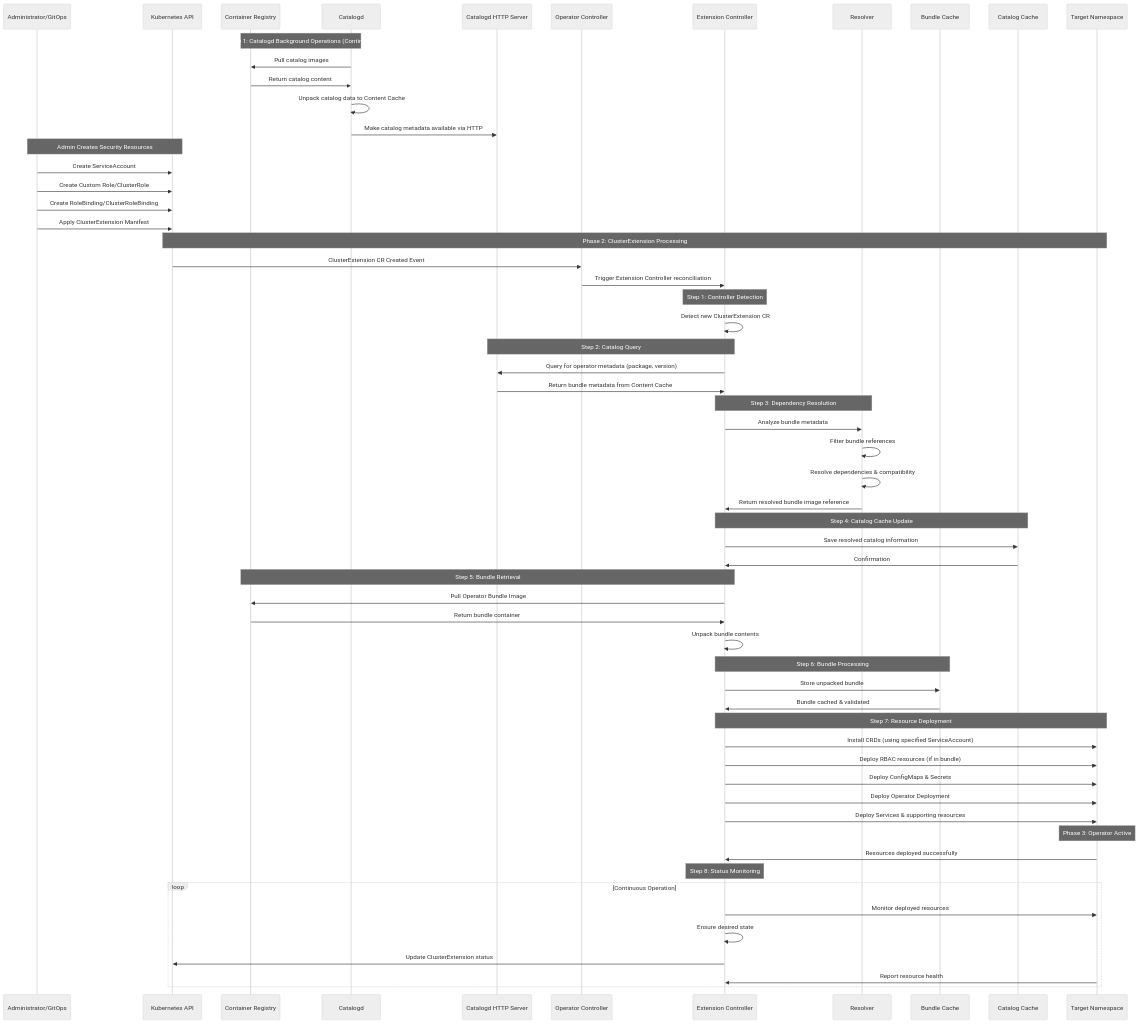
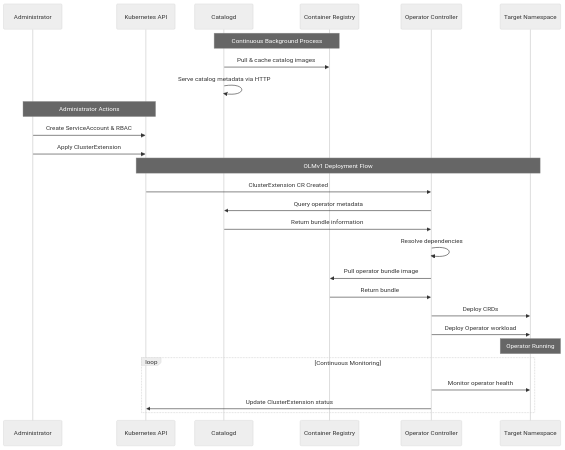
The diagram in README.md (JoeyJoHa/RH-OLMv1-CaseStudy), drawn with Mermaid (neutral theme) before and after one commit.

Commit message:
Simplify sequence diagram for better readability
- Reduced participants from 11 to 6 main components
- Consolidated internal controller operations (resolver, caches) into Operator Controller
- Grouped RBAC creation steps for clarity
- Focused on high-level flow while detailed steps remain in Deployment Flow section
- Improved diagram readability and comprehension

````diff
--- a/README.md
+++ b/README.md
@@ -159,74 +159,35 @@
 ```mermaid
 sequenceDiagram
-    participant Admin as Administrator/GitOps
+    participant Admin as Administrator
     participant API as Kubernetes API
+    participant Catalogd as Catalogd
     participant Registry as Container Registry
-    participant CD as Catalogd
-    participant CDS as Catalogd HTTP Server
-    participant OC as Operator Controller
-    participant EC as Extension Controller
-    participant Resolver as Resolver
-    participant BC as Bundle Cache
-    participant CC as Catalog Cache
+    participant Controller as Operator Controller
     participant NS as Target Namespace
 
-    Note over Registry,CD: Phase 1: Catalogd Background Operations (Continuous)
-    CD->>Registry: Pull catalog images
-    Registry->>CD: Return catalog content
-    CD->>CD: Unpack catalog data to Content Cache
-    CD->>CDS: Make catalog metadata available via HTTP
+    Note over Catalogd,Registry: Continuous Background Process
+    Catalogd->>Registry: Pull & cache catalog images
+    Catalogd->>Catalogd: Serve catalog metadata via HTTP
 
-    Note over Admin,API: Admin Creates Security Resources
-    Admin->>API: Create ServiceAccount
-    Admin->>API: Create Custom Role/ClusterRole
-    Admin->>API: Create RoleBinding/ClusterRoleBinding
-    Admin->>API: Apply ClusterExtension Manifest
+    Note over Admin,API: Administrator Actions
+    Admin->>API: Create ServiceAccount & RBAC
+    Admin->>API: Apply ClusterExtension
 
-    Note over API,NS: Phase 2: ClusterExtension Processing
-    API->>OC: ClusterExtension CR Created Event
-    OC->>EC: Trigger Extension Controller reconciliation
+    Note over API,NS: OLMv1 Deployment Flow
+    API->>Controller: ClusterExtension CR Created
+    Controller->>Catalogd: Query operator metadata
+    Catalogd->>Controller: Return bundle information
     
-    Note over EC: Step 1: Controller Detection
-    EC->>EC: Detect new ClusterExtension CR
+    Controller->>Controller: Resolve dependencies
+    Controller->>Registry: Pull operator bundle image
+    Registry->>Controller: Return bundle
     
-    Note over EC,CDS: Step 2: Catalog Query
-    EC->>CDS: Query for operator metadata (package, version)
-    CDS->>EC: Return bundle metadata from Content Cache
+    Controller->>NS: Deploy CRDs
+    Controller->>NS: Deploy Operator workload
     
-    Note over EC,Resolver: Step 3: Dependency Resolution
-    EC->>Resolver: Analyze bundle metadata
-    Resolver->>Resolver: Filter bundle references
-    Resolver->>Resolver: Resolve dependencies & compatibility
-    Resolver->>EC: Return resolved bundle image reference
-    
-    Note over EC,CC: Step 4: Catalog Cache Update
-    EC->>CC: Save resolved catalog information
-    CC->>EC: Confirmation
-    
-    Note over EC,Registry: Step 5: Bundle Retrieval
-    EC->>Registry: Pull Operator Bundle Image
-    Registry->>EC: Return bundle container
-    EC->>EC: Unpack bundle contents
-    
-    Note over EC,BC: Step 6: Bundle Processing
-    EC->>BC: Store unpacked bundle
-    BC->>EC: Bundle cached & validated
-    
-    Note over EC,NS: Step 7: Resource Deployment
-    EC->>NS: Install CRDs (using specified ServiceAccount)
-    EC->>NS: Deploy RBAC resources (if in bundle)
-    EC->>NS: Deploy ConfigMaps & Secrets
-    EC->>NS: Deploy Operator Deployment
-    EC->>NS: Deploy Services & supporting resources
-    
-    Note over NS: Phase 3: Operator Active
-    NS->>EC: Resources deployed successfully
-    
-    Note over EC: Step 8: Status Monitoring
-    loop Continuous Operation
-        EC->>NS: Monitor deployed resources
-        EC->>EC: Ensure desired state
-        EC->>API: Update ClusterExtension status
-        NS->>EC: Report resource health
+    Note over NS: Operator Running
+    loop Continuous Monitoring
+        Controller->>NS: Monitor operator health
+        Controller->>API: Update ClusterExtension status
     end
 ```
````
